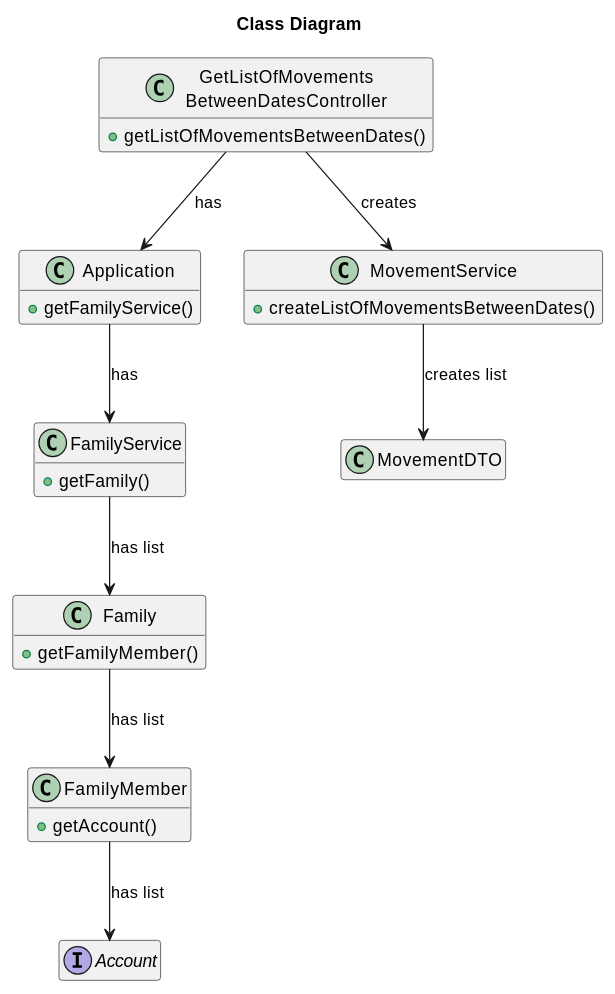
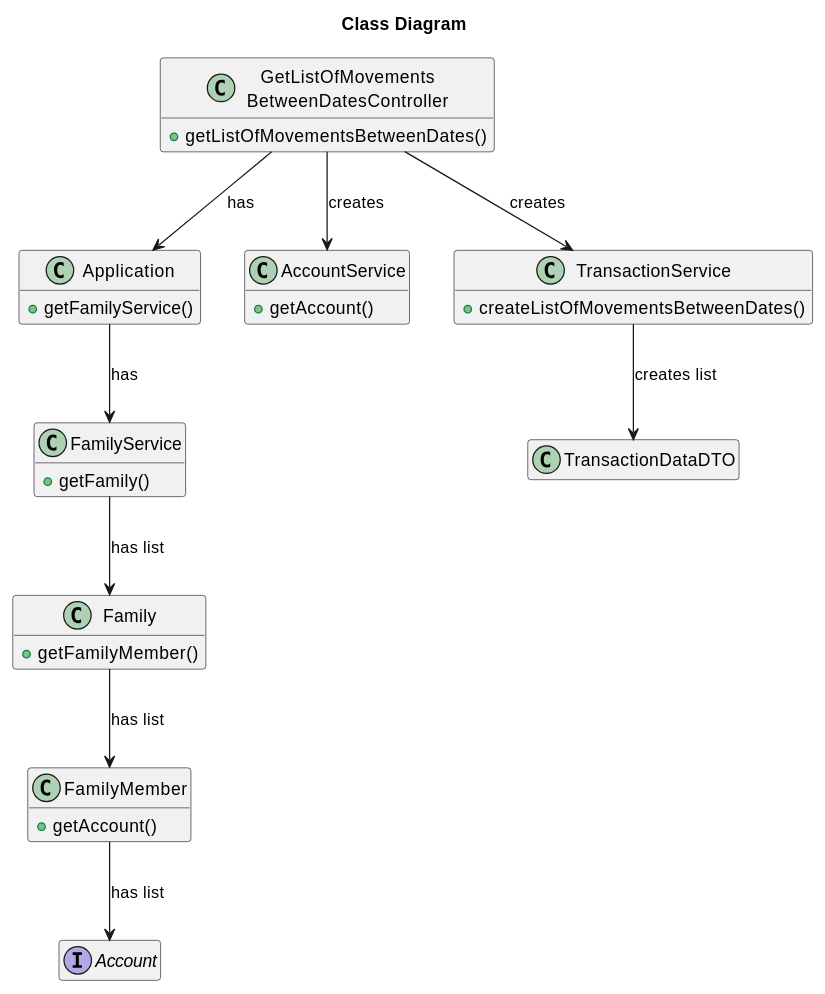
One commit to tomas-osswald/switch_2020_g3 changed the fourth of 4 diagrams in docs/sprint2/user_stories/US186_GetListOfMovementsBetweenDates.md. Above: the diagram before and after it, drawn with PlantUML. The commit also changed other lines of this file and 1 other file, not shown here.

````diff
--- a/docs/sprint2/user_stories/US186_GetListOfMovementsBetweenDates.md
+++ b/docs/sprint2/user_stories/US186_GetListOfMovementsBetweenDates.md
@@ -184,45 +184,50 @@
 ```puml
 
 title Class Diagram
 hide empty members
 
 class GetListOfMovements\nBetweenDatesController {
 + getListOfMovementsBetweenDates()
 }
 
 
 class Application {
 + getFamilyService()
 }
 
 class FamilyService {
 + getFamily()
 }
 
 class Family {
 + getFamilyMember()
 }
 
 class FamilyMember {
 + getAccount()
 }
 
-class MovementService {
+class AccountService {
++ getAccount()
+}
+
+class TransactionService {
 + createListOfMovementsBetweenDates()
 }
 
-class MovementDTO {
+class TransactionDataDTO {
 }
 
 interface Account {}
 
 GetListOfMovements\nBetweenDatesController --> Application : has
 Application --> FamilyService : has
-GetListOfMovements\nBetweenDatesController --> MovementService : creates
+GetListOfMovements\nBetweenDatesController --> AccountService : creates
+GetListOfMovements\nBetweenDatesController --> TransactionService : creates
 FamilyService --> Family : has list
 Family --> FamilyMember : has list
 FamilyMember --> Account : has list
-MovementService --> MovementDTO : creates list
+TransactionService --> TransactionDataDTO : creates list
 
 
 ```
````
